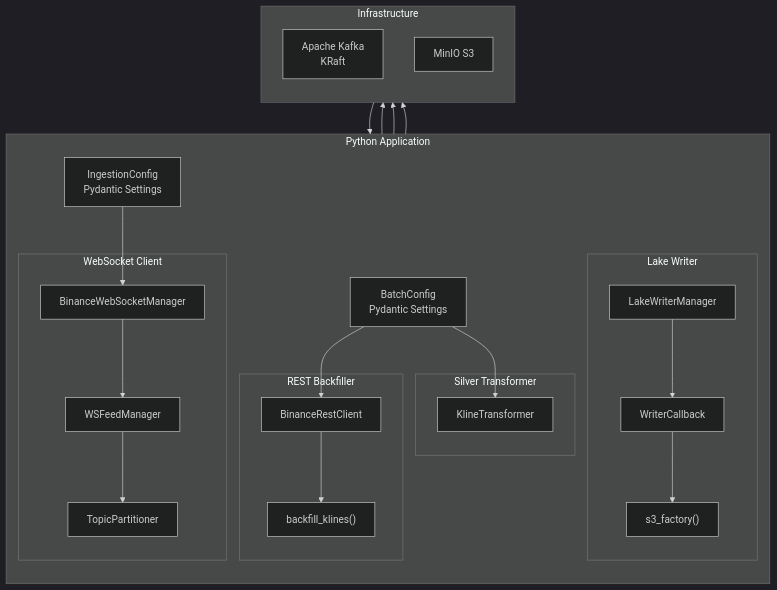
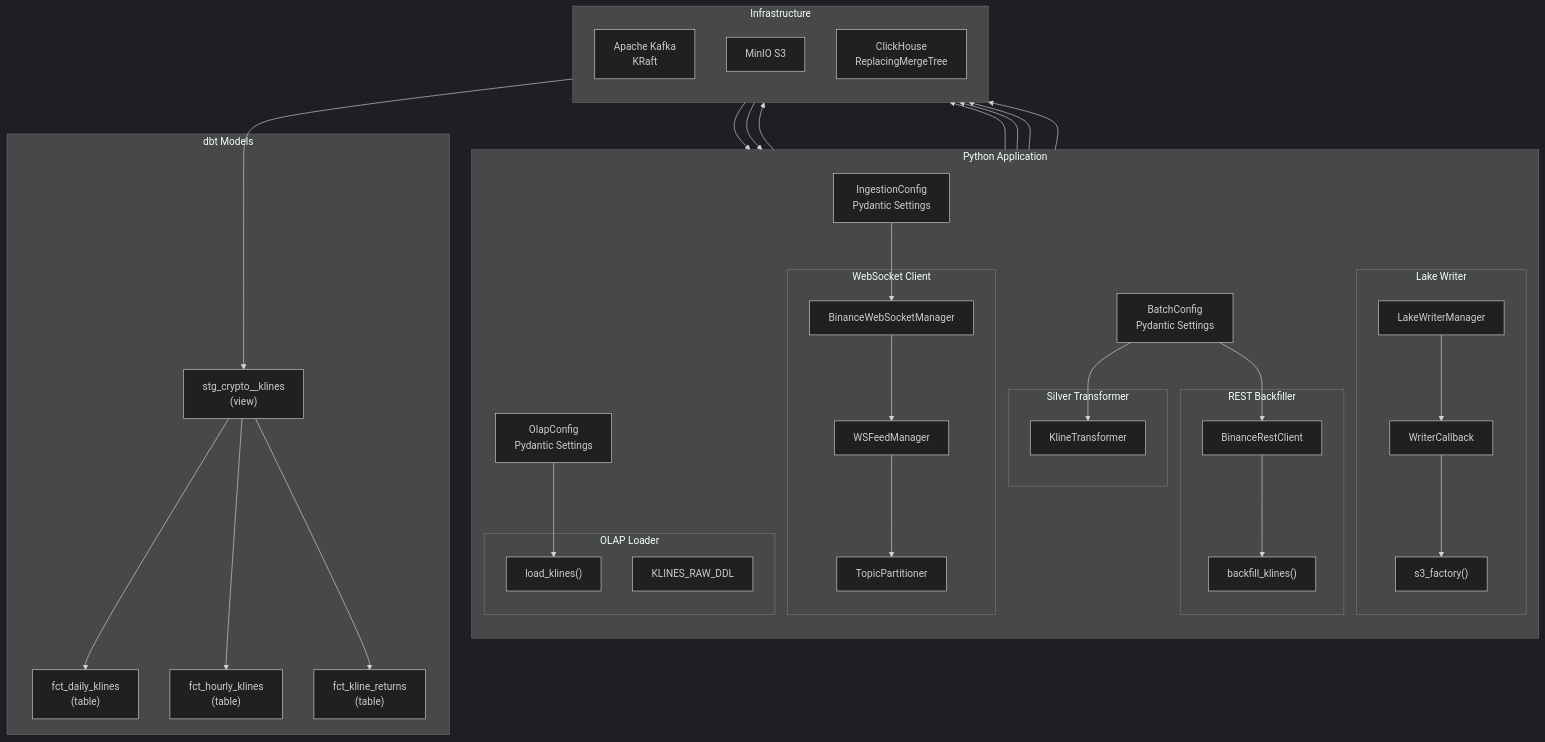
One commit to weecici/project-x changed the diagram in docs/architecture/system-design.md. Above: the diagram before and after it, drawn with Mermaid (dark theme). The commit also changed other lines of this file and 12 other files, not shown here.

````diff
--- a/docs/architecture/system-design.md
+++ b/docs/architecture/system-design.md
@@ -7,44 +7,64 @@
 ```mermaid
 graph TB
     subgraph PYTHON["Python Application"]
         direction TB
         CFG_I["IngestionConfig\nPydantic Settings"]
         CFG_B["BatchConfig\nPydantic Settings"]
+        CFG_O["OlapConfig\nPydantic Settings"]
 
         subgraph WS_CLIENT["WebSocket Client"]
             WSM["BinanceWebSocketManager"]
             WSF["WSFeedManager"]
             WSP["TopicPartitioner"]
         end
 
         subgraph LAKE_WRITER["Lake Writer"]
             LWM["LakeWriterManager"]
             WCB["WriterCallback"]
             S3F["s3_factory()"]
         end
 
         subgraph BACKFILL["REST Backfiller"]
             BR["BinanceRestClient"]
             BF["backfill_klines()"]
         end
 
         subgraph SPARK["Silver Transformer"]
             KT["KlineTransformer"]
         end
+
+        subgraph OLAP_LOADER["OLAP Loader"]
+            LK["load_klines()"]
+            SCHEMA["KLINES_RAW_DDL"]
+        end
     end
 
     subgraph INFRA["Infrastructure"]
         direction TB
         KAFKA["Apache Kafka\nKRaft"]
         MINIO["MinIO S3"]
+        CH["ClickHouse\nReplacingMergeTree"]
+    end
+
+    subgraph DBT["dbt Models"]
+        STG["stg_crypto__klines\n(view)"]
+        DAILY["fct_daily_klines\n(table)"]
+        HOURLY["fct_hourly_klines\n(table)"]
+        RETURNS["fct_kline_returns\n(table)"]
     end
 
     CFG_I --> WSM
     WSM --> WSF --> WSP
     WSP --> KAFKA
     CFG_B --> BR
     BR --> BF --> MINIO
     CFG_B --> KT
     KAFKA --> LWM
     LWM --> WCB --> S3F --> MINIO
+    CFG_O --> LK
+    MINIO --> LK --> CH
+    SCHEMA --> CH
+    CH --> STG --> DAILY
+    STG --> HOURLY
+    STG --> RETURNS
 ```
````
